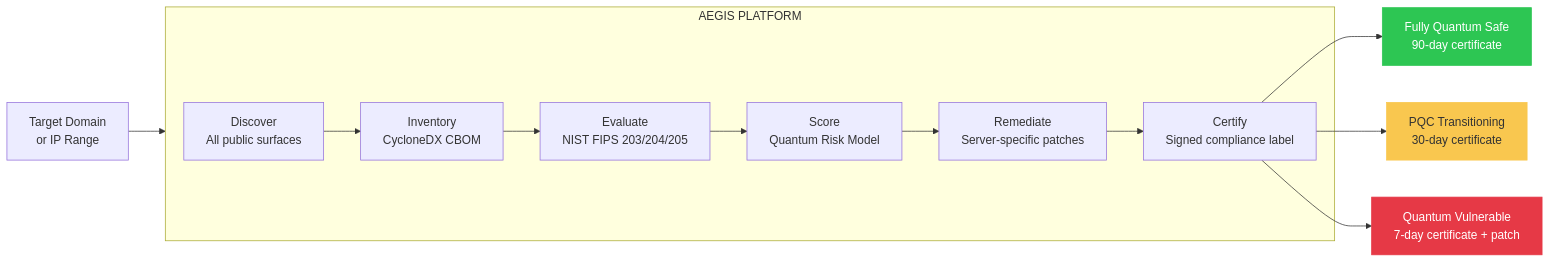
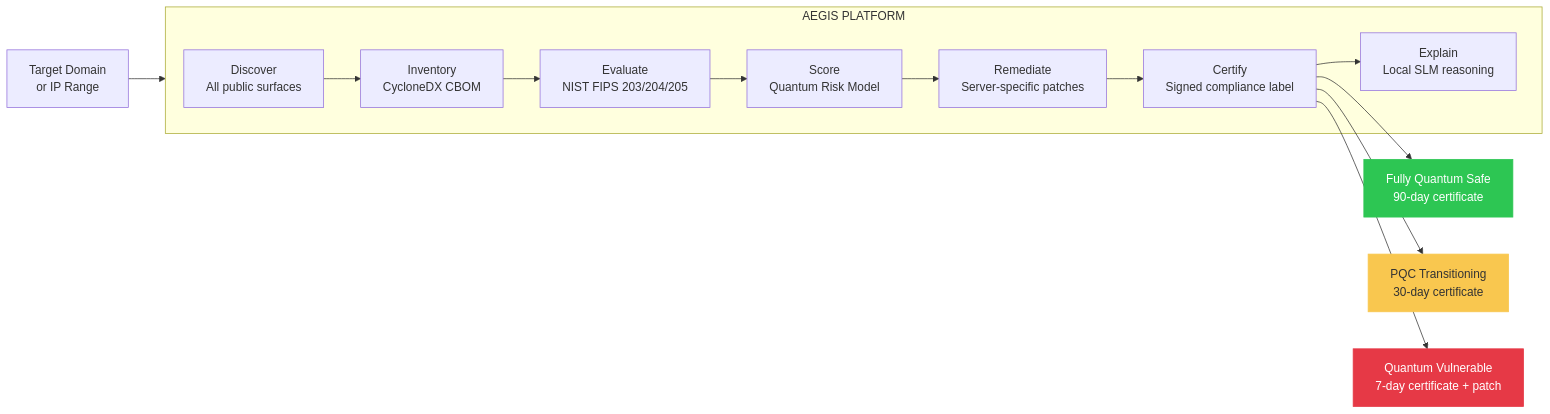
The second of 7 diagrams in SOLUTION.md (notgautham/Aegis), drawn with Mermaid before and after one commit. The commit also changed other lines of this file and 4 other files, not shown here.

````diff
--- a/SOLUTION.md
+++ b/SOLUTION.md
@@ -137,23 +102,24 @@
 ```mermaid
 graph LR
     INPUT[Target Domain<br>or IP Range] --> AEGIS
 
     subgraph AEGIS["AEGIS PLATFORM"]
         D[Discover<br>All public surfaces]
         I[Inventory<br>CycloneDX CBOM]
         E[Evaluate<br>NIST FIPS 203/204/205]
         S[Score<br>Quantum Risk Model]
         R[Remediate<br>Server-specific patches]
         C[Certify<br>Signed compliance label]
+        X[Explain<br>Local SLM reasoning]
     end
 
-    D --> I --> E --> S --> R --> C
+    D --> I --> E --> S --> R --> C --> X
 
     C --> OUT1[Fully Quantum Safe<br>90-day certificate]
     C --> OUT2[PQC Transitioning<br>30-day certificate]
     C --> OUT3[Quantum Vulnerable<br>7-day certificate + patch]
 
     style OUT1 fill:#2DC653,color:#fff,stroke:#2DC653
     style OUT2 fill:#F9C74F,color:#333,stroke:#F9C74F
     style OUT3 fill:#E63946,color:#fff,stroke:#E63946
 ```
````
